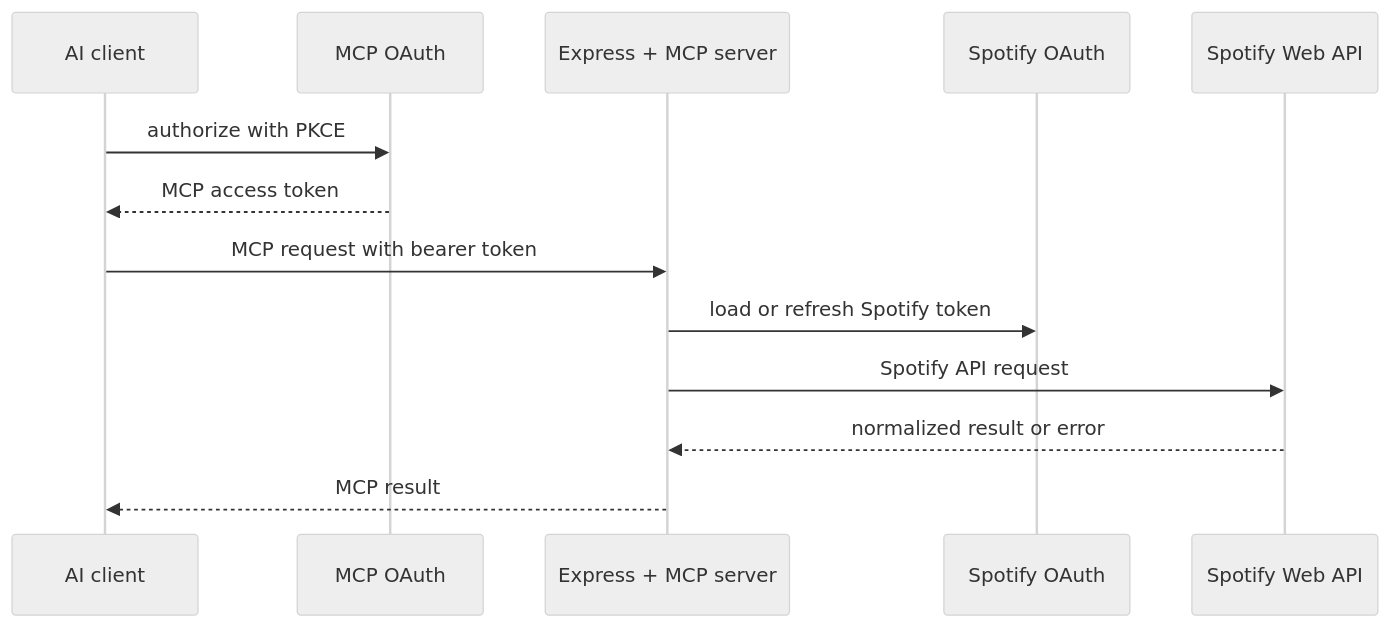
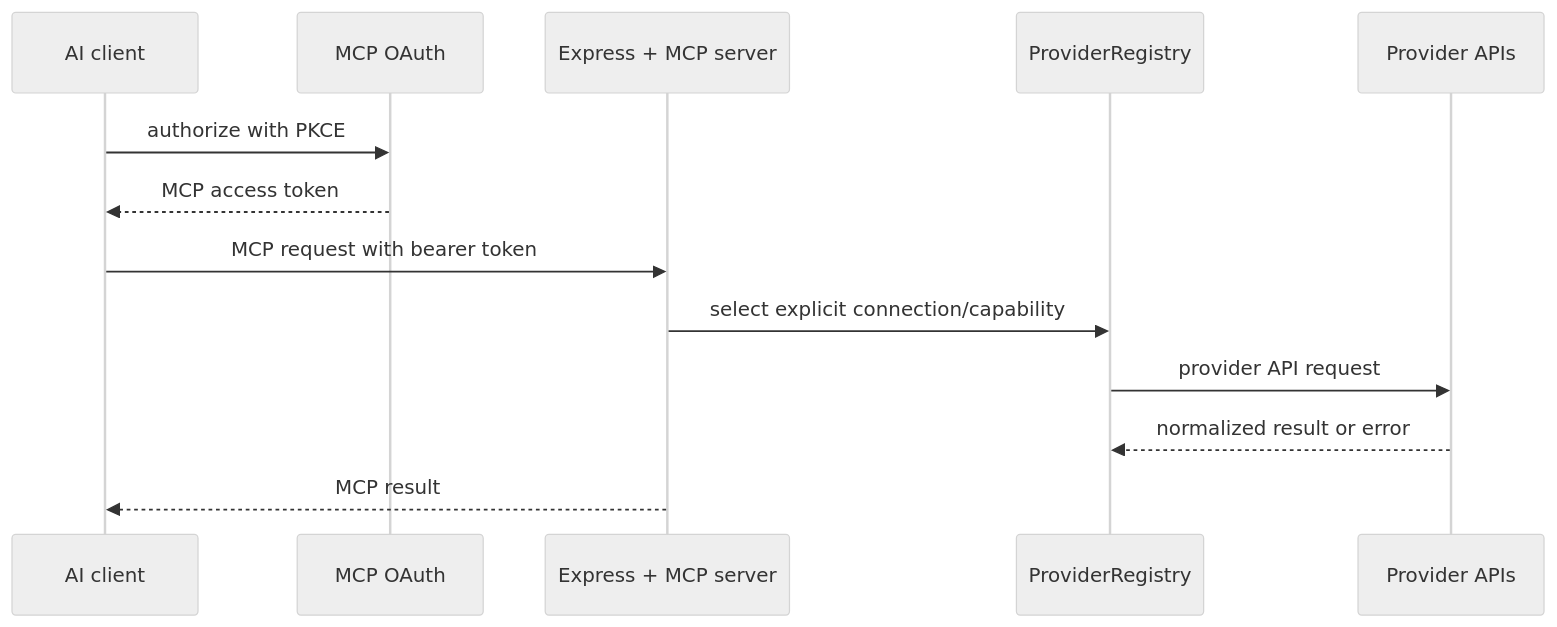
One commit to makkiattooo/JamRelay changed the diagram in docs/architecture.md. Above: the diagram before and after it, drawn with Mermaid (neutral theme). The commit also changed other lines of this file and 81 other files, not shown here.

Commit message:
docs: document multi-provider architecture and release candidate

````diff
--- a/docs/architecture.md
+++ b/docs/architecture.md
@@ -3,15 +3,15 @@
 ```mermaid
 sequenceDiagram
   participant Client as AI client
   participant OAuth as MCP OAuth
   participant App as Express + MCP server
-  participant SAuth as Spotify OAuth
-  participant API as Spotify Web API
+  participant Registry as ProviderRegistry
+  participant Provider as Provider APIs
   Client->>OAuth: authorize with PKCE
   OAuth-->>Client: MCP access token
   Client->>App: MCP request with bearer token
-  App->>SAuth: load or refresh Spotify token
-  App->>API: Spotify API request
-  API-->>App: normalized result or error
+  App->>Registry: select explicit connection/capability
+  Registry->>Provider: provider API request
+  Provider-->>Registry: normalized result or error
   App-->>Client: MCP result
 ```
````
